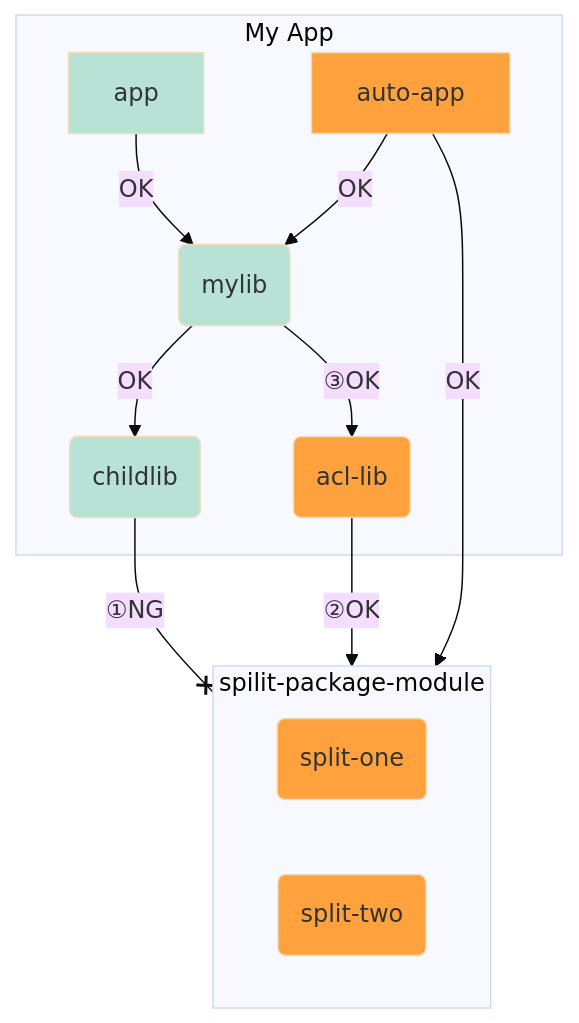
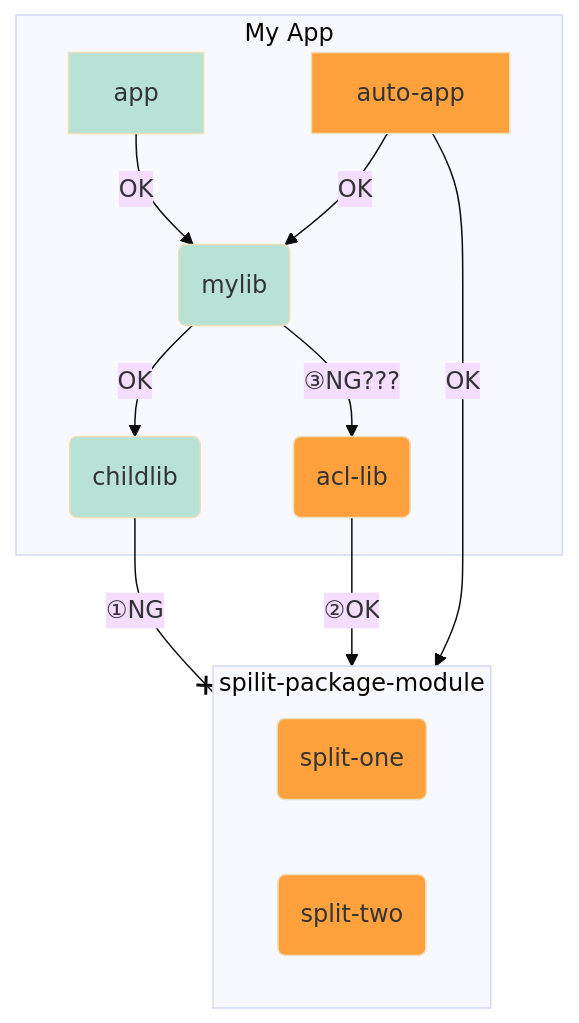
One commit to usadamasa/hello-java-module changed the second of 2 diagrams in README.md. Above: the diagram before and after it, drawn with Mermaid. The commit also changed other lines of this file, not shown here.

````diff
--- a/README.md
+++ b/README.md
@@ -20,33 +22,33 @@
 ```mermaid
 ---
 config:
   theme: base
 ---
 graph TD;
     classDef namedModule fill:#7BCCAC,fill-opacity:0.5
     classDef autoModule  fill:#ffa23e
 
     subgraph "My App"
         myapp[app]:::namedModule
         autoapp[auto-app]:::autoModule
 
         mylib(mylib):::namedModule
         childlib(childlib):::namedModule
         acllib(acl-lib):::autoModule
     end
 
     subgraph "spilit-package-module"
         split-one(split-one):::autoModule
         split-two(split-two):::autoModule
     end
 
     myapp --OK--> mylib;
     mylib --OK--> childlib;
-    mylib --③OK--> acllib;
+    mylib --③NG???--> acllib;
 
     childlib --①NG--x spilit-package-module;
     acllib --②OK--> spilit-package-module;
 
     autoapp --OK--> mylib;
     autoapp --OK--> spilit-package-module;
 ```
````
